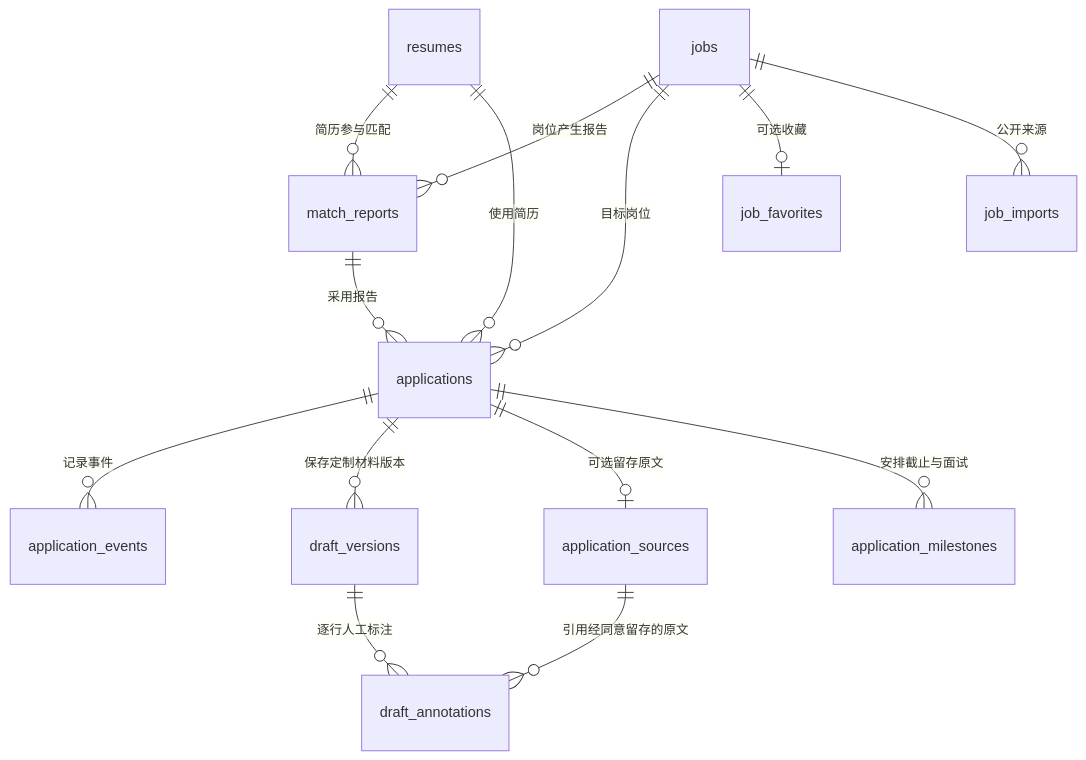
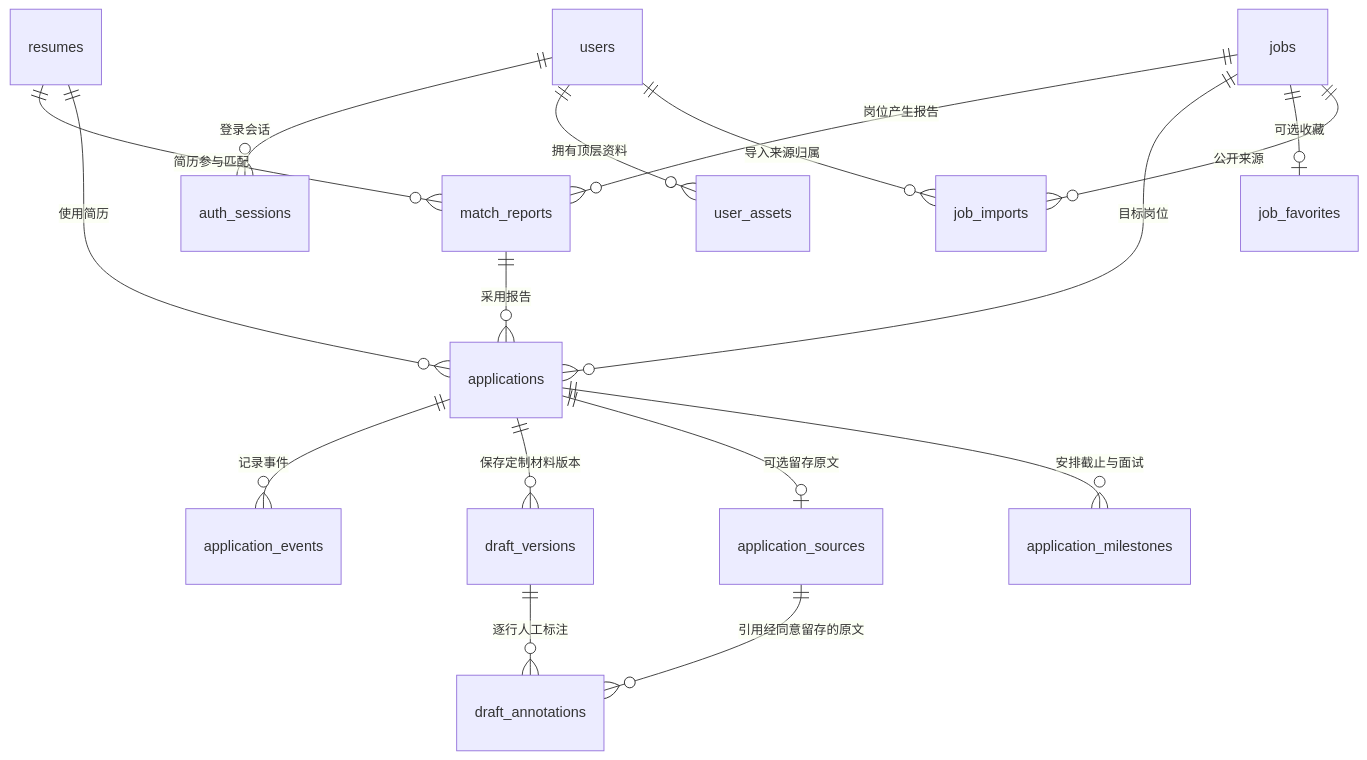
Before and after one commit to uselesswork/AI-Agent: the diagram in docs/数据库设计与字段说明.md, drawn with Mermaid. The commit also changed other lines of this file and 37 other files, not shown here.

````diff
--- a/docs/数据库设计与字段说明.md
+++ b/docs/数据库设计与字段说明.md
@@ -26,16 +29,19 @@
 ```mermaid
 erDiagram
     resumes ||--o{ match_reports : "简历参与匹配"
     jobs ||--o{ match_reports : "岗位产生报告"
     resumes ||--o{ applications : "使用简历"
     jobs ||--o{ applications : "目标岗位"
     match_reports ||--o{ applications : "采用报告"
     applications ||--o{ application_events : "记录事件"
     applications ||--o{ draft_versions : "保存定制材料版本"
     applications ||--o| application_sources : "可选留存原文"
     jobs ||--o| job_favorites : "可选收藏"
     jobs ||--o{ job_imports : "公开来源"
     draft_versions ||--o{ draft_annotations : "逐行人工标注"
     application_sources ||--o{ draft_annotations : "引用经同意留存的原文"
     applications ||--o{ application_milestones : "安排截止与面试"
+    users ||--o{ auth_sessions : "登录会话"
+    users ||--o{ user_assets : "拥有顶层资料"
+    users ||--o{ job_imports : "导入来源归属"
 ```
````
